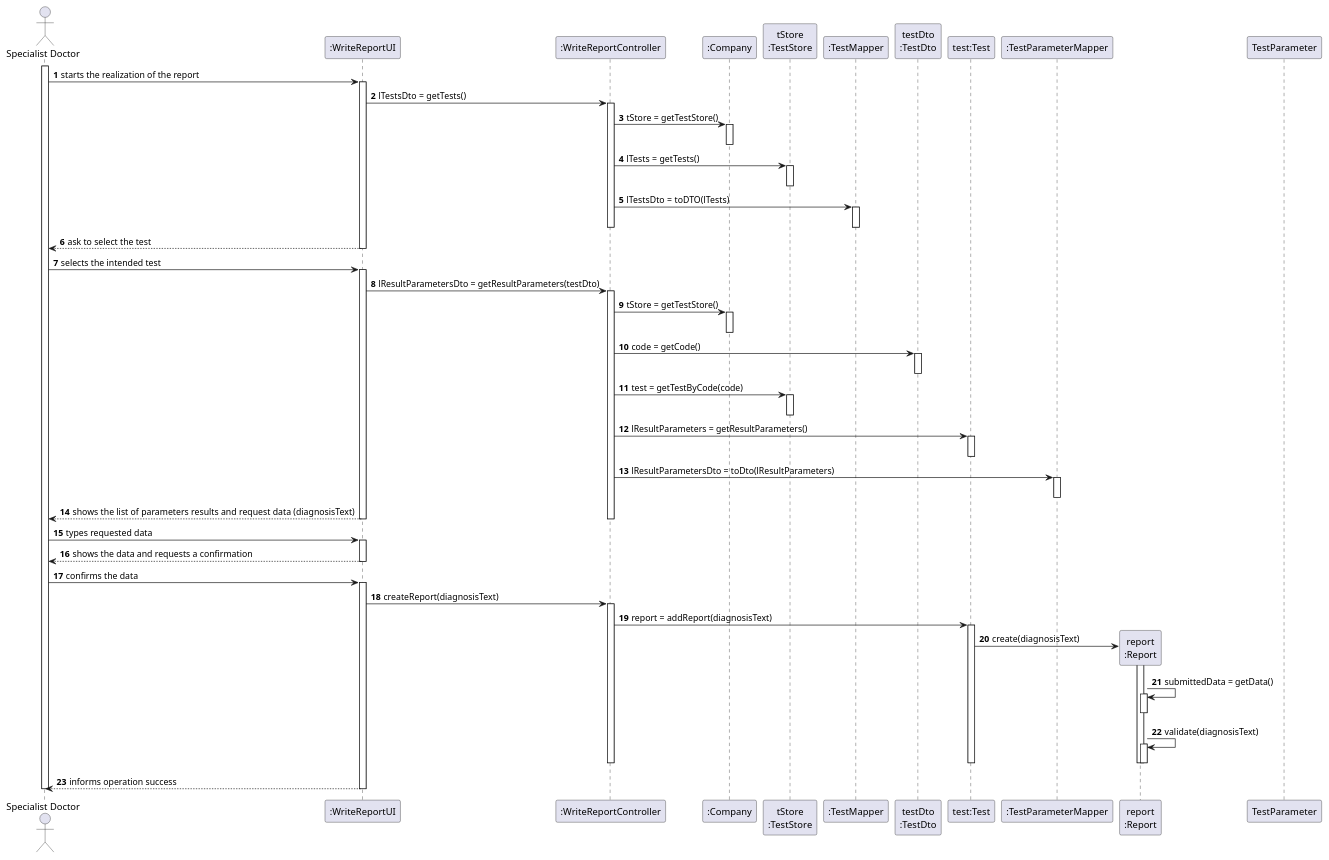
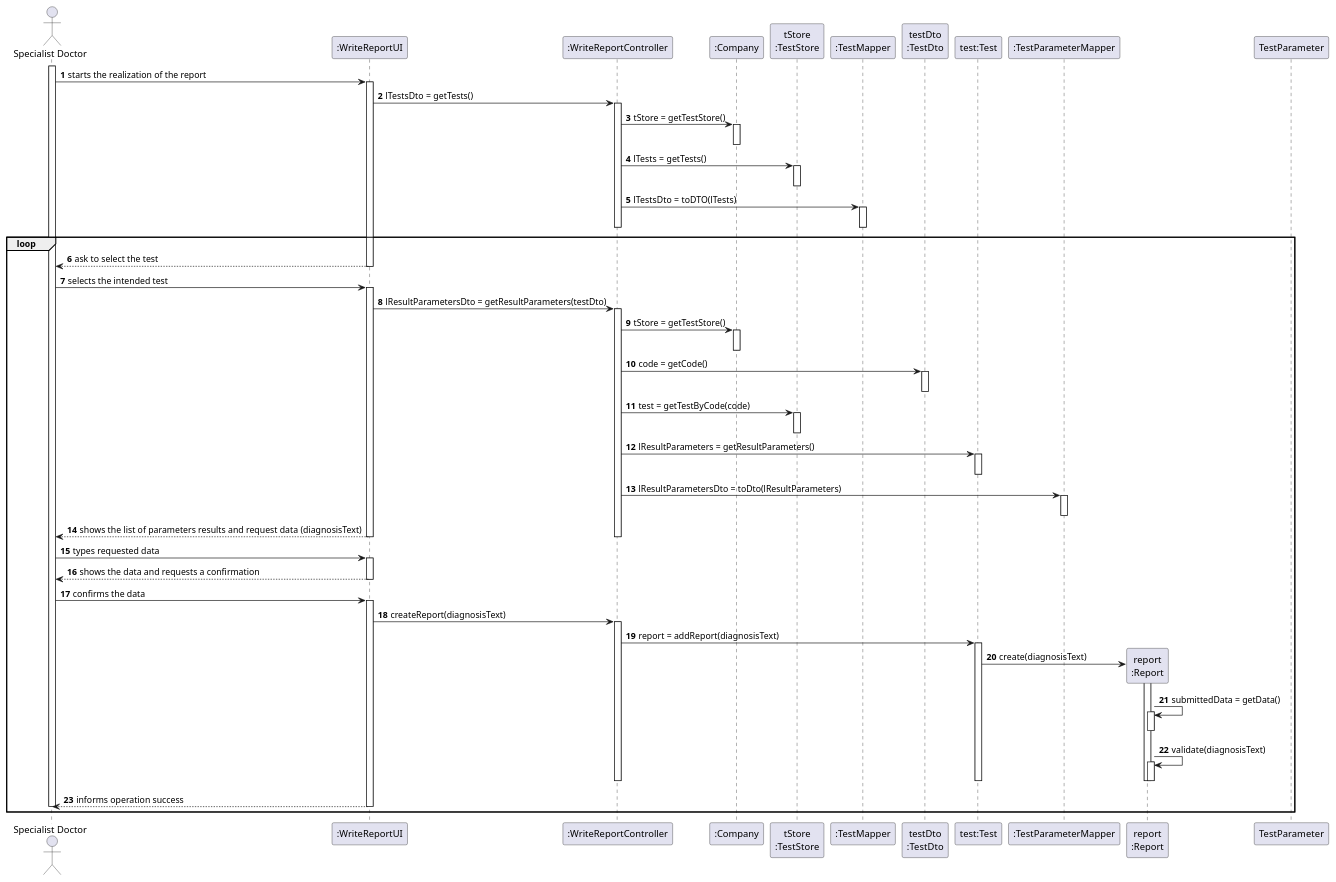
One commit to Pedromaia26/LAPR2-ISEP changed the diagram in docs/SprintD/US14_MakeDiagnosisWriteReport/US014_SD.puml. Above: the diagram before and after it, drawn with PlantUML. The commit also changed 2 other files, not shown here.

```diff
--- a/docs/SprintD/US14_MakeDiagnosisWriteReport/US014_SD.puml
+++ b/docs/SprintD/US14_MakeDiagnosisWriteReport/US014_SD.puml
@@ -1,80 +1,82 @@
 @startuml
 actor "Specialist Doctor" as SD
 participant ":WriteReportUI" as Interface
 participant ":WriteReportController" as Controller
 participant ":Company" as Company
 participant "tStore\n:TestStore" as tStore
 participant ":TestMapper" as TestMapper
 participant "testDto\n:TestDto" as TestDto
 participant "test:Test" as Test
 participant ":TestParameterMapper" as RLmapper
 participant "report\n:Report" as Report
 participant "TestParameter" as TestParameter
 
 autonumber
+
 activate SD
 SD -> Interface: starts the realization of the report
 activate Interface
 Interface -> Controller: lTestsDto = getTests()
 activate Controller
 Controller -> Company: tStore = getTestStore()
 activate Company
 deactivate Company
 Controller -> tStore: lTests = getTests()
 activate tStore
 deactivate tStore
 Controller -> TestMapper: lTestsDto = toDTO(lTests)
 activate TestMapper
 deactivate TestMapper
 deactivate Controller
+loop
 Interface --> SD: ask to select the test
 deactivate Interface
 SD -> Interface: selects the intended test
 activate Interface
 Interface -> Controller: lResultParametersDto = getResultParameters(testDto)
 activate Controller
 Controller -> Company: tStore = getTestStore()
 activate Company
 deactivate Company
 Controller -> TestDto: code = getCode()
 activate TestDto
 deactivate TestDto
 Controller -> tStore: test = getTestByCode(code)
 activate tStore
 deactivate tStore
 Controller -> Test: lResultParameters = getResultParameters()
 activate Test
 deactivate Test
 Controller -> RLmapper: lResultParametersDto = toDto(lResultParameters)
 activate RLmapper
 deactivate RLmapper
 Interface --> SD: shows the list of parameters results and request data (diagnosisText)
 deactivate Controller
 deactivate Interface
 SD -> Interface: types requested data
 activate Interface
 Interface --> SD: shows the data and requests a confirmation
 deactivate Interface
 SD -> Interface: confirms the data
 activate Interface
 Interface -> Controller: createReport(diagnosisText)
 activate Controller
 Controller -> Test: report = addReport(diagnosisText)
 activate Test
 Test -> Report**: create(diagnosisText)
 activate Report
 Report -> Report: submittedData = getData()
 activate Report
 deactivate Report
 Report -> Report: validate(diagnosisText)
 activate Report
 deactivate Report
 deactivate Report
 deactivate Test
 deactivate Controller
 Interface --> SD: informs operation success
 deactivate Interface
 deactivate SD
-
+end
 
 @enduml
```
